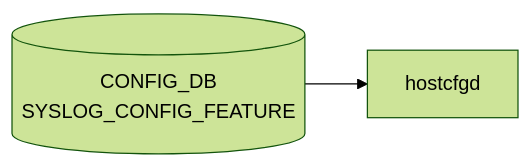
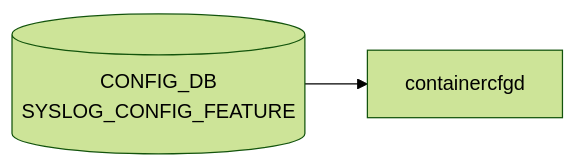
One commit to aoki-taquan/sonic-unofficial-docs changed the diagram in docs/reference/config-db/syslog-config-feature.md. Above: the diagram before and after it, drawn with Mermaid (forest theme). The commit also changed other lines of this file and 22 other files, not shown here.

````diff
--- a/docs/reference/config-db/syslog-config-feature.md
+++ b/docs/reference/config-db/syslog-config-feature.md
@@ -31,6 +31,6 @@
 ```mermaid
 flowchart LR
   CDB[("CONFIG_DB<br/>SYSLOG_CONFIG_FEATURE")]
-  DM["hostcfgd"]
+  DM["containercfgd"]
   CDB --> DM
 ```
````
